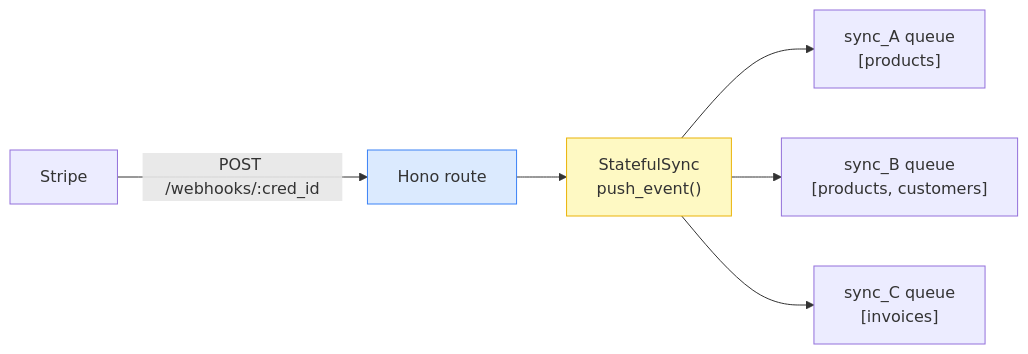
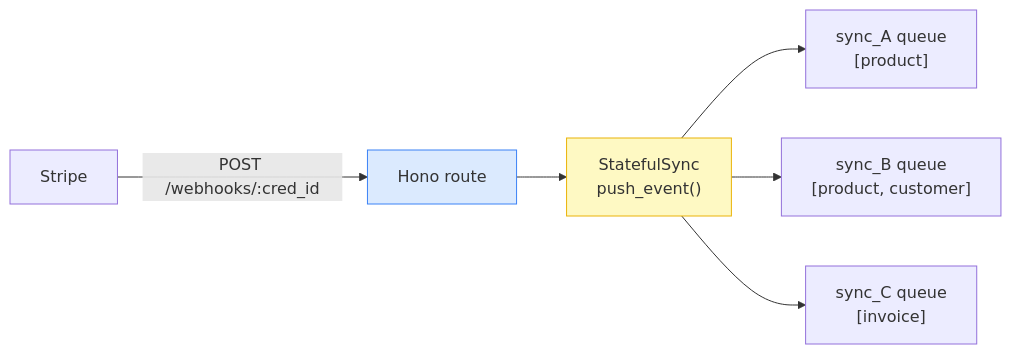
The fifth of 7 diagrams in docs/slides/architecture.md (supabase/stripe-sync-engine), drawn with Mermaid before and after one commit. The commit also changed other lines of this file and 108 other files, not shown here.

````diff
--- a/docs/slides/architecture.md
+++ b/docs/slides/architecture.md
@@ -242,10 +242,10 @@
 ```mermaid
 flowchart LR
   ST["Stripe"] -->|"POST /webhooks/:cred_id"| WH["Hono route"]
   WH --> PE["StatefulSync\npush_event()"]
-  PE --> QA["sync_A queue\n[products]"]
-  PE --> QB["sync_B queue\n[products, customers]"]
-  PE --> QC["sync_C queue\n[invoices]"]
+  PE --> QA["sync_A queue\n[product]"]
+  PE --> QB["sync_B queue\n[product, customer]"]
+  PE --> QC["sync_C queue\n[invoice]"]
   style PE fill:#fef9c3,stroke:#eab308
   style WH fill:#dbeafe,stroke:#3b82f6
 ```
````
